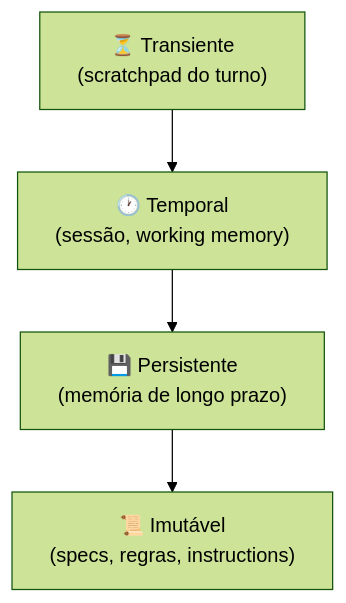
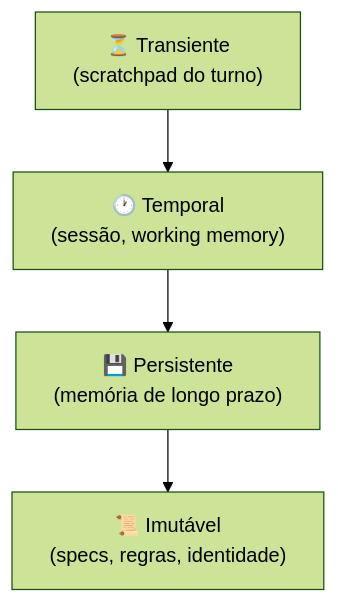
The diagram in 03-Dominios/Tecnologia/IA/Context Engineering/05 - Camadas de contexto — persistente, temporal, transiente.md (josenaldo/codex-technomanticus), drawn with Mermaid (forest theme) before and after one commit. The commit also changed other lines of this file, not shown here.

````diff
--- a/03-Dominios/Tecnologia/IA/Context Engineering/05 - Camadas de contexto — persistente, temporal, transiente.md
+++ b/03-Dominios/Tecnologia/IA/Context Engineering/05 - Camadas de contexto — persistente, temporal, transiente.md
@@ -27,6 +40,6 @@
 ```mermaid
 graph TB
     A["⏳ Transiente<br/>(scratchpad do turno)"] --> B["🕐 Temporal<br/>(sessão, working memory)"]
     B --> C["💾 Persistente<br/>(memória de longo prazo)"]
-    C --> D["📜 Imutável<br/>(specs, regras, instructions)"]
+    C --> D["📜 Imutável<br/>(specs, regras, identidade)"]
 ```
````
